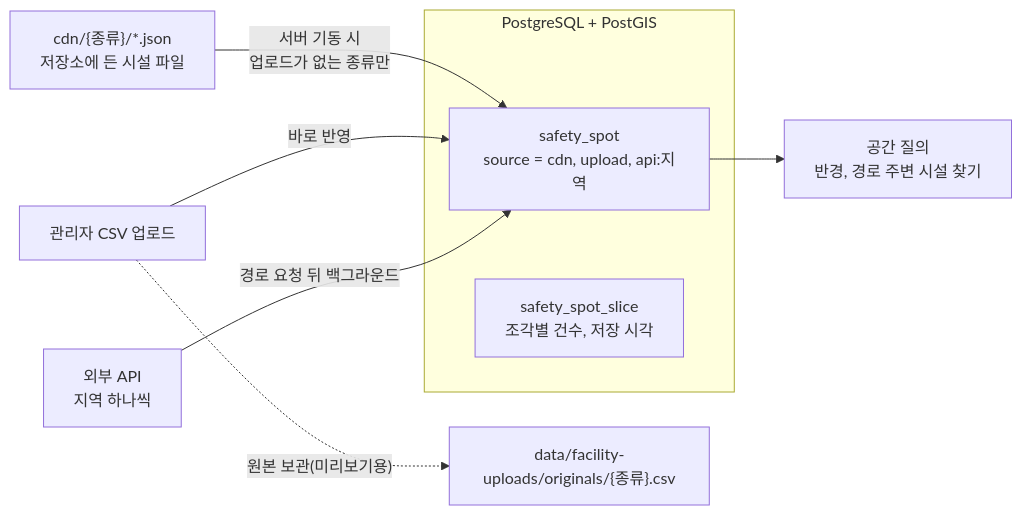
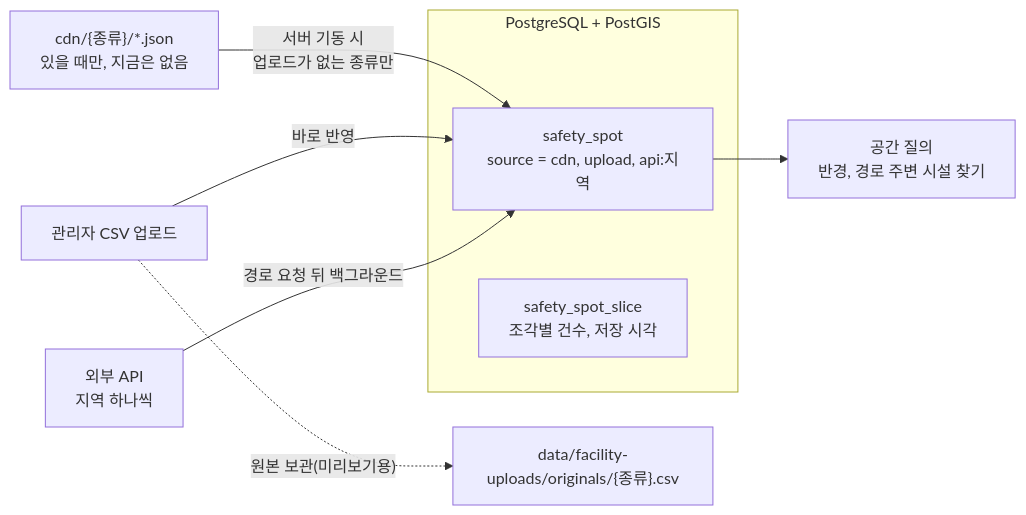
Before and after one commit to soo-ai-agent/bueongi-backend: the first of 4 diagrams in docs/DATA_STORAGE.md, drawn with Mermaid. The commit also changed other lines of this file and 16 other files, not shown here.

````diff
--- a/docs/DATA_STORAGE.md
+++ b/docs/DATA_STORAGE.md
@@ -83,17 +83,17 @@
 ```mermaid
 flowchart LR
-    CDN["cdn/{종류}/*.json<br/>저장소에 든 시설 파일"]
+    CDN["cdn/{종류}/*.json<br/>있을 때만, 지금은 없음"]
     CSV["관리자 CSV 업로드"]
     API["외부 API<br/>지역 하나씩"]
 
     subgraph DB["PostgreSQL + PostGIS"]
         SPOT["safety_spot<br/>source = cdn, upload, api:지역"]
         SLICE["safety_spot_slice<br/>조각별 건수, 저장 시각"]
     end
 
     CDN -- "서버 기동 시<br/>업로드가 없는 종류만" --> SPOT
     CSV -- "바로 반영" --> SPOT
     API -- "경로 요청 뒤 백그라운드" --> SPOT
     SPOT --> QUERY["공간 질의<br/>반경, 경로 주변 시설 찾기"]
     CSV -. "원본 보관(미리보기용)" .-> ORIG["data/facility-uploads/originals/{종류}.csv"]
 ```
````
